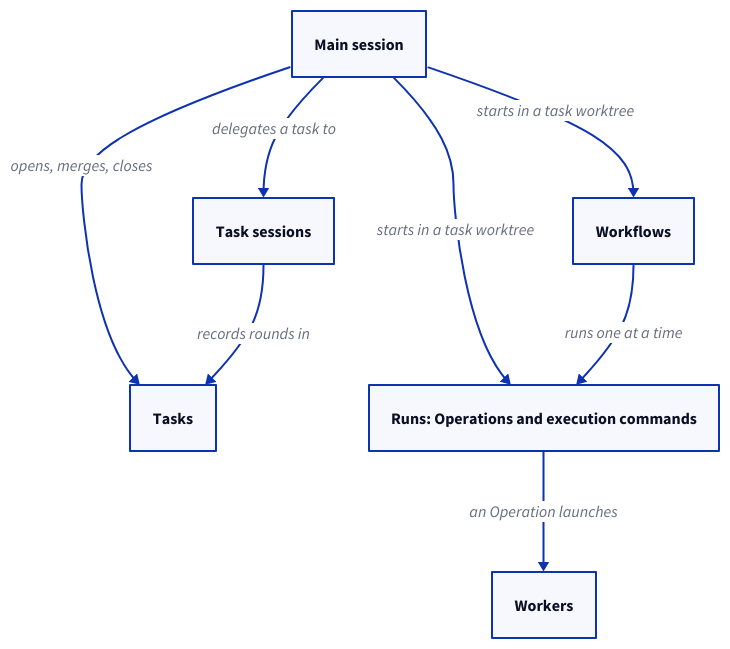
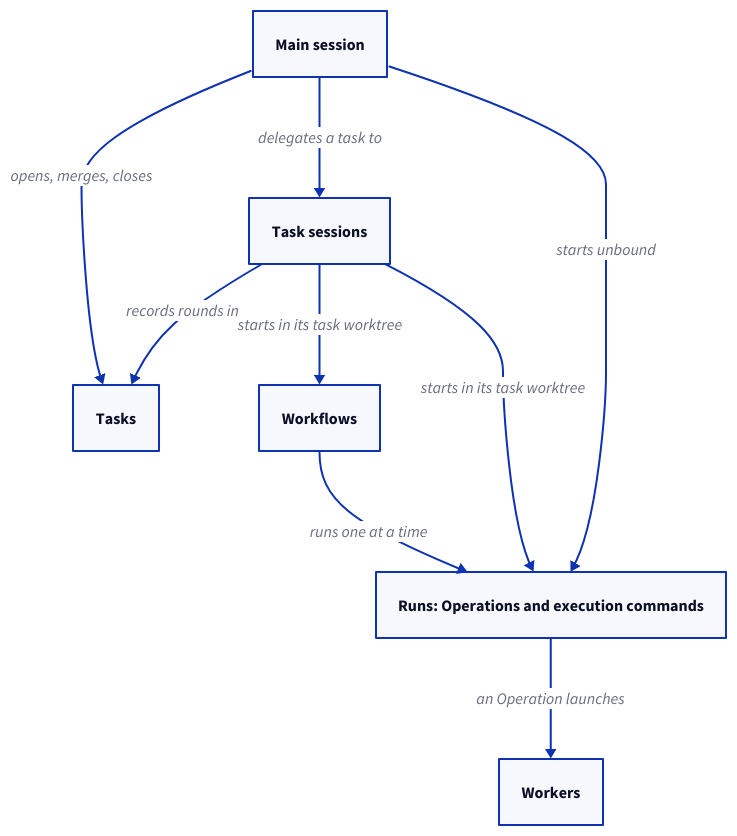
One commit to FTOD/concorde changed the third of 5 diagrams in specs/concorde/coordination/main-session/module.md. Above: the diagram before and after it, drawn with D2. The commit also changed other lines of this file and 9 other files, not shown here.

````diff
--- a/specs/concorde/coordination/main-session/module.md
+++ b/specs/concorde/coordination/main-session/module.md
@@ -372,15 +389,16 @@
 ```d2 illustrative
 mainsession: Main session
 tasks: Tasks
 tasksession: Task sessions
 workflows: Workflows
 runs: "Runs: Operations and execution commands"
 workers: Workers
 mainsession -> tasks: opens, merges, closes
 mainsession -> tasksession: delegates a task to
-mainsession -> workflows: starts in a task worktree
-mainsession -> runs: starts in a task worktree
+mainsession -> runs: starts unbound
 tasksession -> tasks: records rounds in
+tasksession -> workflows: starts in its task worktree
+tasksession -> runs: starts in its task worktree
 workflows -> runs: runs one at a time
 runs -> workers: an Operation launches
 ```
````
